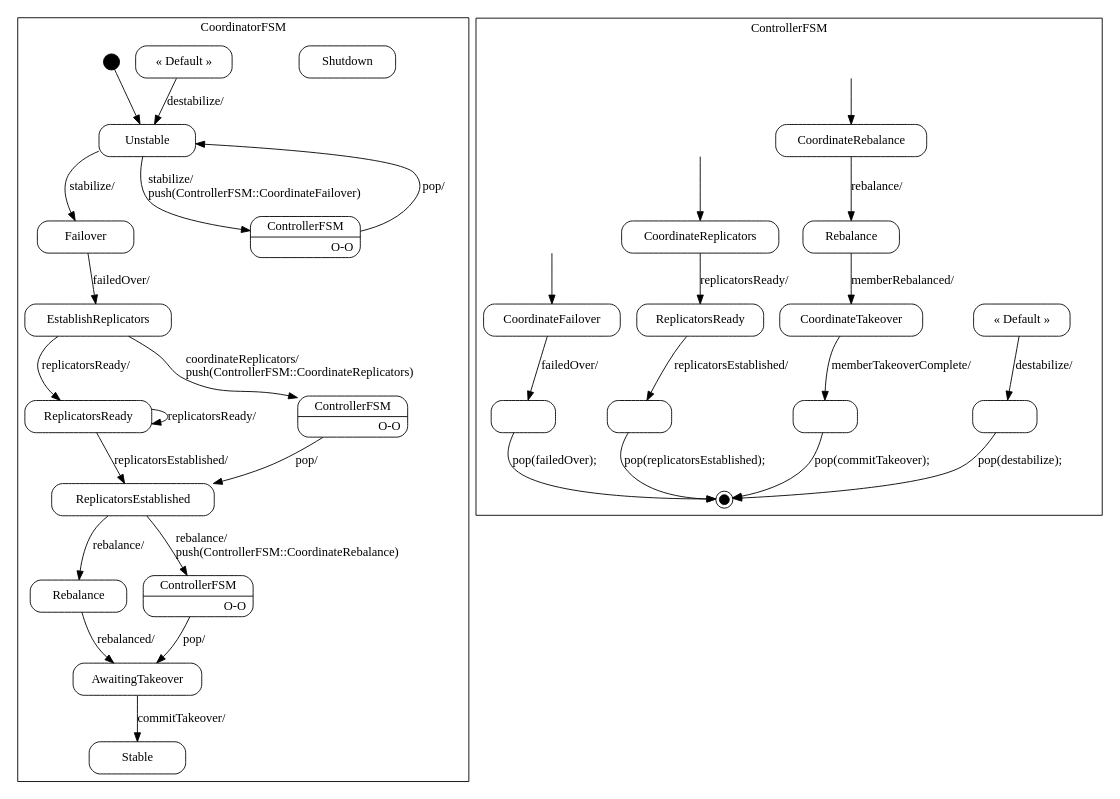
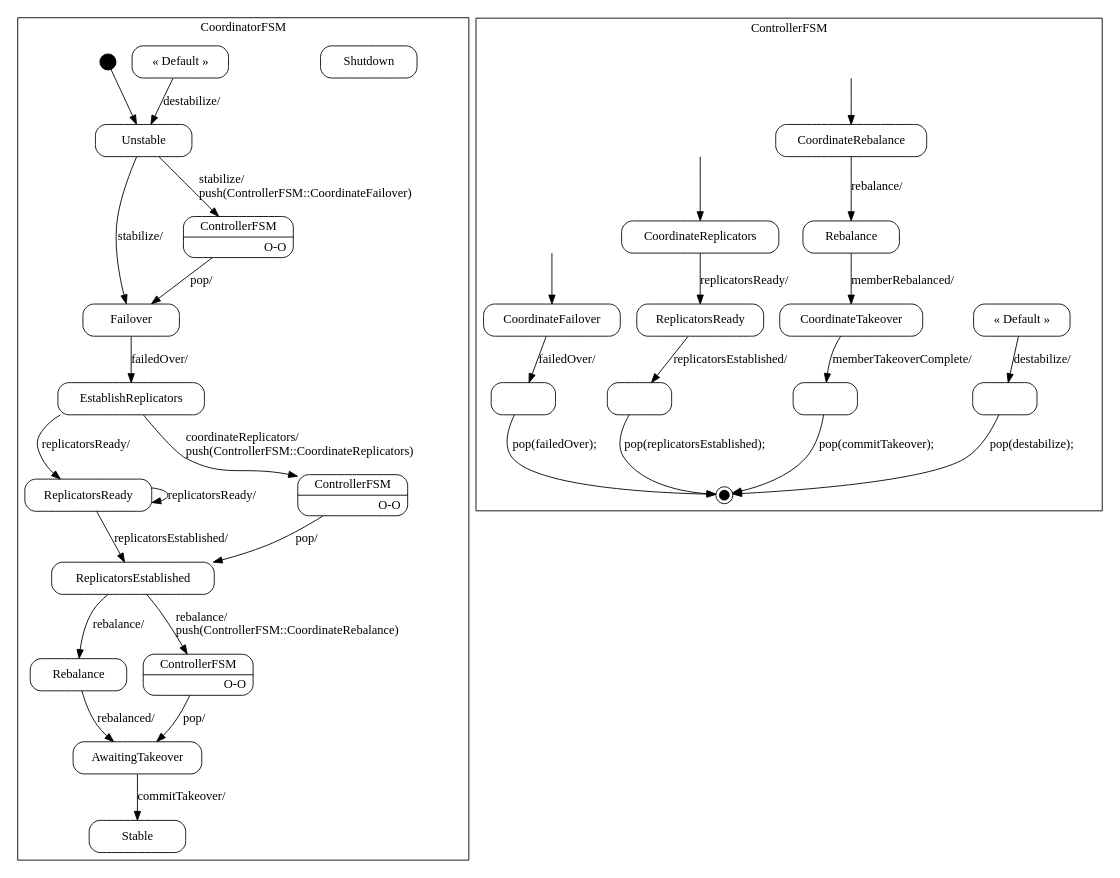
Before and after one commit to vmehra-sfdc/Ouroboros: the diagram in spindle/doc/Coordinator_sm.dot, drawn with Graphviz. The commit also changed 2 other files, not shown here.

Commit message:
transition to Failover state when coordinating failover.

```diff
--- a/spindle/doc/Coordinator_sm.dot
+++ b/spindle/doc/Coordinator_sm.dot
@@ -47,7 +47,7 @@
         "CoordinatorFSM::AwaitingTakeover::ControllerFSM"
             [label="{ControllerFSM|O-O\r}"]
 
-        "CoordinatorFSM::Unstable::ControllerFSM"
+        "CoordinatorFSM::Failover::ControllerFSM"
             [label="{ControllerFSM|O-O\r}"]
 
         "%start"
@@ -57,7 +57,7 @@
         // Transitions (Edges)
         //
 
-        "CoordinatorFSM::Unstable" -> "CoordinatorFSM::Unstable::ControllerFSM"
+        "CoordinatorFSM::Unstable" -> "CoordinatorFSM::Failover::ControllerFSM"
             [label="stabilize/\lpush(ControllerFSM::CoordinateFailover)\l"];
 
         "CoordinatorFSM::Unstable" -> "CoordinatorFSM::Failover"
@@ -99,7 +99,7 @@
         "CoordinatorFSM::AwaitingTakeover::ControllerFSM" -> "CoordinatorFSM::AwaitingTakeover"
             [label="pop/"]
 
-        "CoordinatorFSM::Unstable::ControllerFSM" -> "CoordinatorFSM::Unstable"
+        "CoordinatorFSM::Failover::ControllerFSM" -> "CoordinatorFSM::Failover"
             [label="pop/"]
 
         "%start" -> "CoordinatorFSM::Unstable"
```
